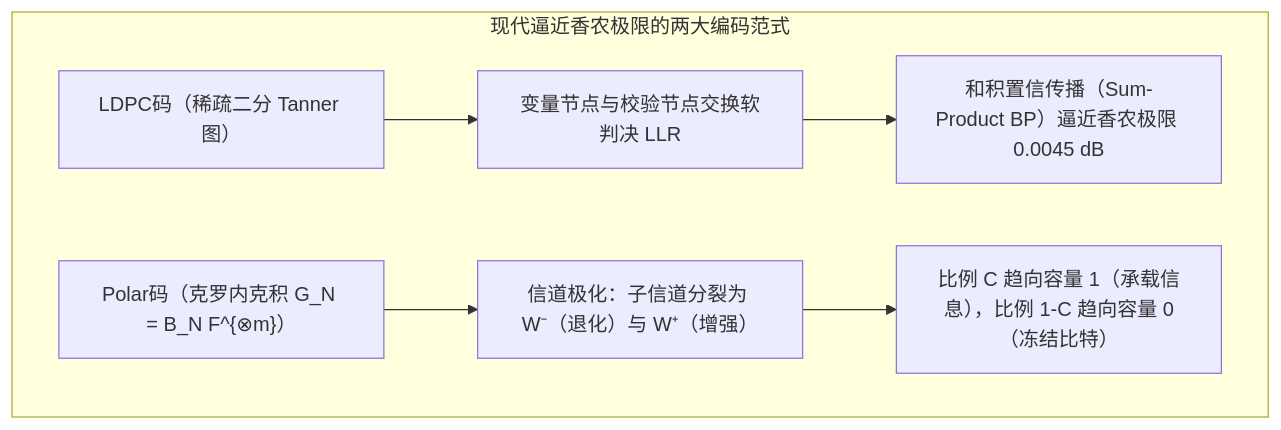
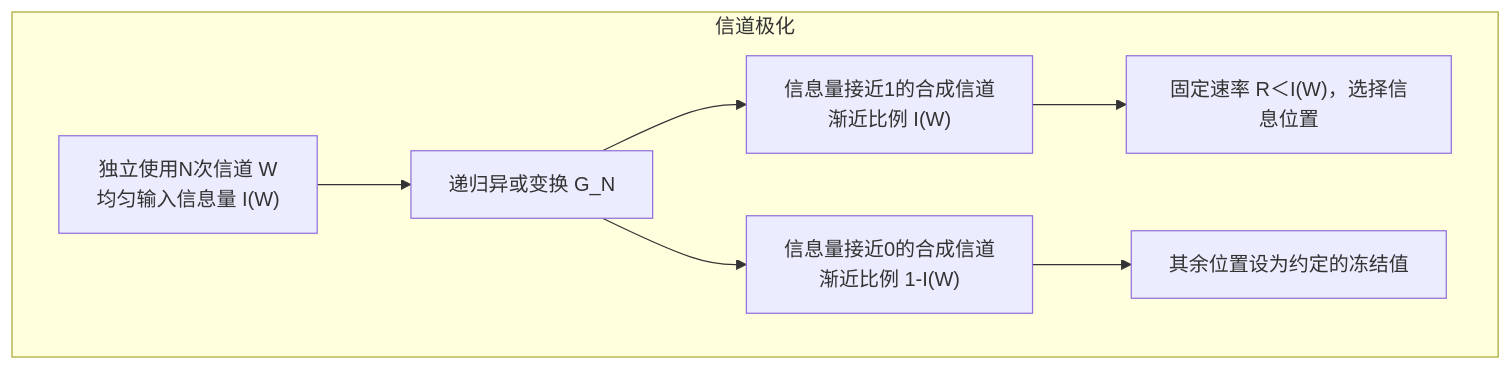
Before and after one commit to kenjinote/blog: the fourth of 4 diagrams in content/post/error-correcting-codes-hamming-reed-solomon-ldpc-shannon-capacity-information-theory/index.zh-cn.md, drawn with Mermaid. The commit also changed other lines of this file and 20 other files, not shown here.

````diff
--- a/content/post/error-correcting-codes-hamming-reed-solomon-ldpc-shannon-capacity-information-theory/index.zh-cn.md
+++ b/content/post/error-correcting-codes-hamming-reed-solomon-ldpc-shannon-capacity-information-theory/index.zh-cn.md
@@ -153,9 +508,10 @@
 ```mermaid
 flowchart TD
-    subgraph ModernECC["现代逼近香农极限的两大编码范式"]
-        L1["LDPC码（稀疏二分 Tanner 图）"] --> L2["变量节点与校验节点交换软判决 LLR"]
-        L2 --> L3["和积置信传播（Sum-Product BP）逼近香农极限 0.0045 dB"]
-        P1["Polar码（克罗内克积 G_N = B_N F^{⊗m}）"] --> P2["信道极化：子信道分裂为 W⁻（退化）与 W⁺（增强）"]
-        P2 --> P3["比例 C 趋向容量 1（承载信息），比例 1-C 趋向容量 0（冻结比特）"]
+    subgraph Polar["信道极化"]
+        W["独立使用N次信道 W<br/>均匀输入信息量 I(W)"] --> Kron["递归异或变换 G_N"]
+        Kron --> Good["信息量接近1的合成信道<br/>渐近比例 I(W)"]
+        Kron --> Bad["信息量接近0的合成信道<br/>渐近比例 1-I(W)"]
+        Good --> Info["固定速率 R＜I(W)，选择信息位置"]
+        Bad --> Frozen["其余位置设为约定的冻结值"]
     end
 ```
````
